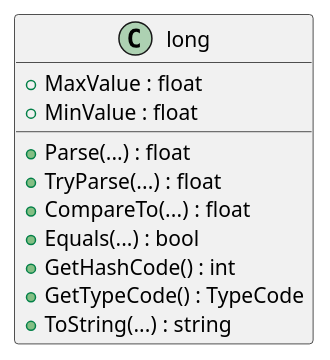
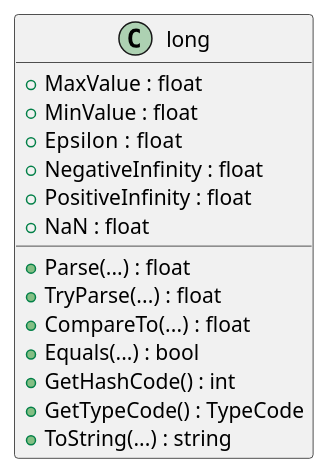
Before and after one commit to 03376836-OOP-2566/03376836-OOP-2566-Lab-02: the ninth of 15 diagrams in 65030258_HOMEWORK/Lab-02-part-1/README.md, drawn with PlantUML. The commit also changed other lines of this file, not shown here.

````diff
--- a/65030258_HOMEWORK/Lab-02-part-1/README.md
+++ b/65030258_HOMEWORK/Lab-02-part-1/README.md
@@ -171,18 +171,23 @@
 ```plantuml
 @startuml
 class long
 {
   + MaxValue : float
   + MinValue : float
+  + Epsilon  : float
+  + NegativeInfinity : float
+  + PositiveInfinity : float
+  + NaN : float
+
 
   + Parse(...) : float
   + TryParse(...) : float
   + CompareTo(...) : float
   + Equals(...) : bool
   + GetHashCode() : int
   + GetTypeCode() : TypeCode
   + ToString(...) : string
 }
 @enduml
 #Sittha Klaphanich
 ```
````
